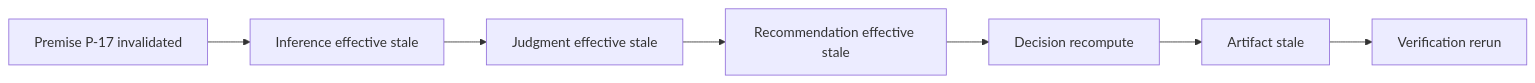
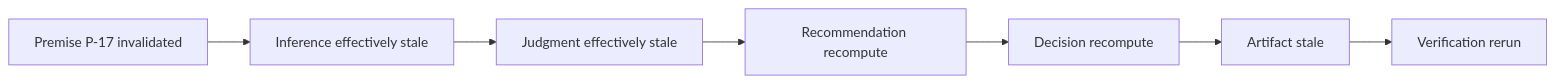
One commit to zy839971925-zyy/Agent--deep-research-Workflow-Skills changed the third of 3 diagrams in README.md. Above: the diagram before and after it, drawn with Mermaid. The commit also changed other lines of this file, not shown here.

````diff
--- a/README.md
+++ b/README.md
@@ -72,9 +860,9 @@
 ```mermaid
 flowchart LR
-    P[Premise P-17 invalidated] --> I[Inference effective stale]
-    I --> J[Judgment effective stale]
-    J --> R[Recommendation effective stale]
+    P[Premise P-17 invalidated] --> I[Inference effectively stale]
+    I --> J[Judgment effectively stale]
+    J --> R[Recommendation recompute]
     R --> D[Decision recompute]
     D --> A[Artifact stale]
     A --> V[Verification rerun]
 ```
````
